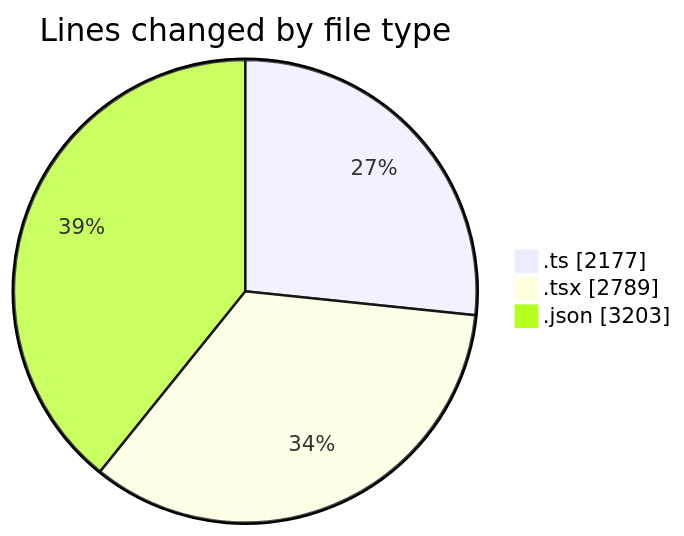
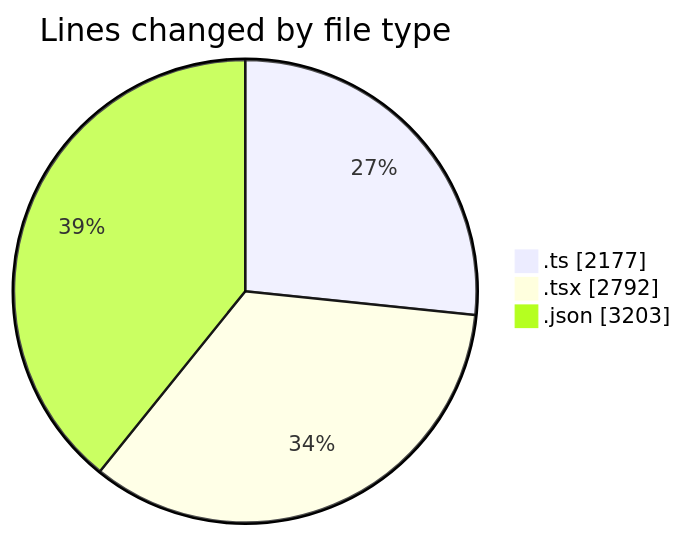
Before and after one commit to julien-gomy/code-tracking: the first of 2 diagrams in 2025-10-23/eventscop-frontend-guide__workspace_/README.md, drawn with Mermaid. The commit also changed other lines of this file and 1 other file, not shown here.

````diff
--- a/2025-10-23/eventscop-frontend-guide__workspace_/README.md
+++ b/2025-10-23/eventscop-frontend-guide__workspace_/README.md
@@ -41,7 +41,7 @@
 ```mermaid
 pie showData
 title Lines changed by file type
 ".ts" : 2177
-".tsx" : 2789
+".tsx" : 2792
 ".json" : 3203
 ```
````
